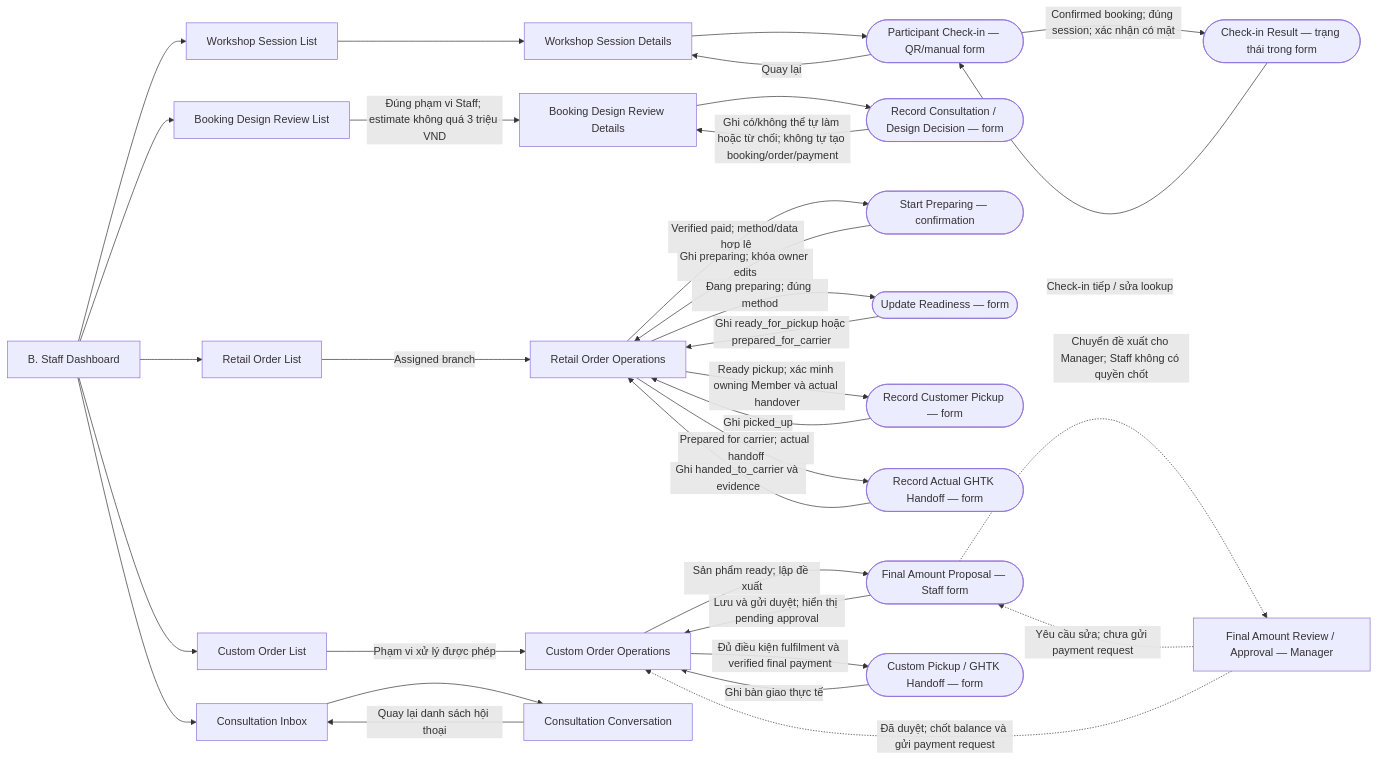
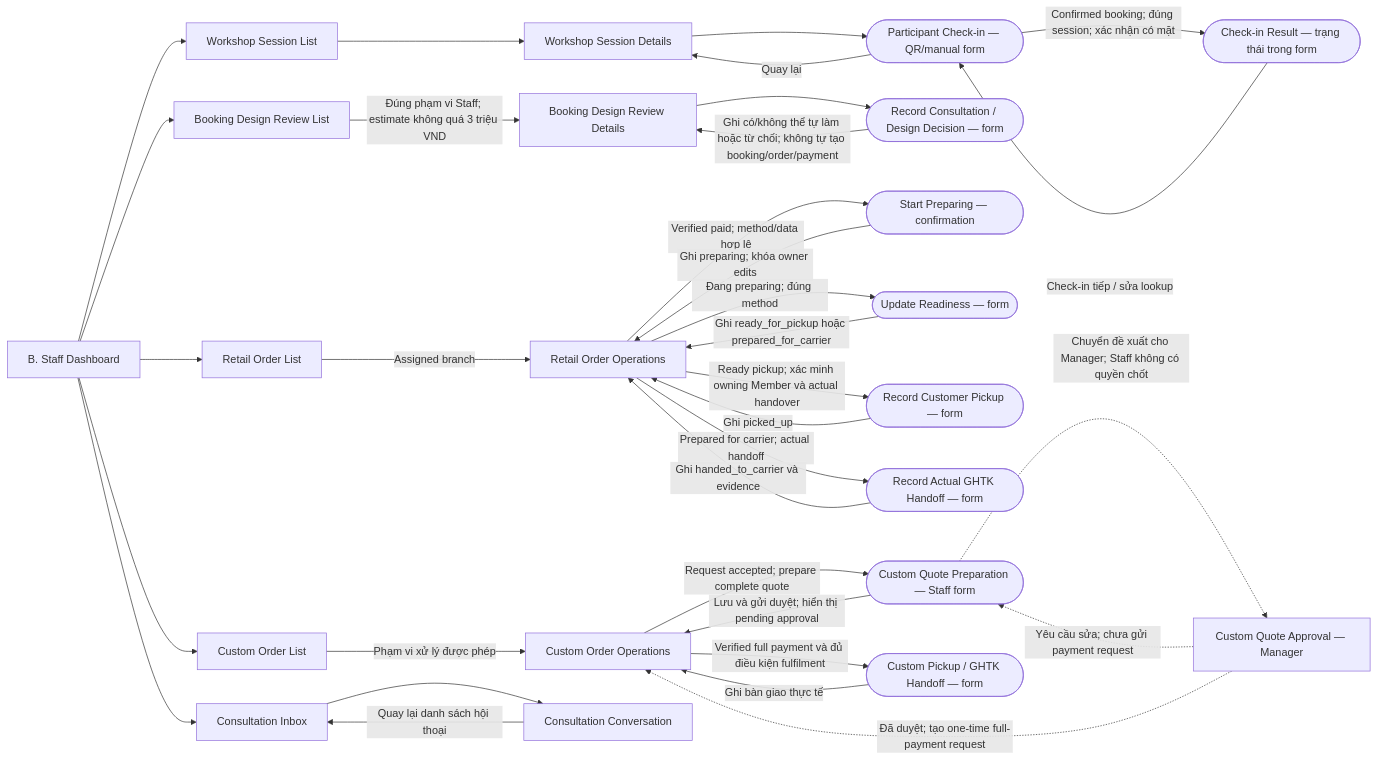
The eighth of 10 diagrams in ppswbs-spec/screen.md (quoc-ca/mland-operations-hub), drawn with Mermaid before and after one commit. The commit also changed other lines of this file and 30 other files, not shown here.

````diff
--- a/ppswbs-spec/screen.md
+++ b/ppswbs-spec/screen.md
@@ -512,52 +503,52 @@
 ```mermaid
 flowchart LR
     B["B. Staff Dashboard"]
     Sessions["Workshop Session List"]
     Session["Workshop Session Details"]
     Checkin(["Participant Check-in — QR/manual form"])
     CheckResult(["Check-in Result — trạng thái trong form"])
     Designs["Booking Design Review List"]
     Design["Booking Design Review Details"]
     DesignDecision(["Record Consultation / Design Decision — form"])
     Orders["Retail Order List"]
     Order["Retail Order Operations"]
     Preparing(["Start Preparing — confirmation"])
     Readiness(["Update Readiness — form"])
     Pickup(["Record Customer Pickup — form"])
     Carrier(["Record Actual GHTK Handoff — form"])
     Customs["Custom Order List"]
     Custom["Custom Order Operations"]
-    FinalProposal(["Final Amount Proposal — Staff form"])
-    FinalReview["Final Amount Review / Approval — Manager"]
+    FinalProposal(["Custom Quote Preparation — Staff form"])
+    FinalReview["Custom Quote Approval — Manager"]
     CustomHandoff(["Custom Pickup / GHTK Handoff — form"])
     Inbox["Consultation Inbox"]
     Chat["Consultation Conversation"]
 
     B --> Sessions --> Session --> Checkin
     Checkin -->|"Confirmed booking; đúng session; xác nhận có mặt"| CheckResult
     CheckResult -->|"Check-in tiếp / sửa lookup"| Checkin
     Checkin -->|"Quay lại"| Session
     B --> Designs -->|"Đúng phạm vi Staff; estimate không quá 3 triệu VND"| Design
     Design --> DesignDecision -->|"Ghi có/không thể tự làm hoặc từ chối; không tự tạo booking/order/payment"| Design
 
     B --> Orders -->|"Assigned branch"| Order
     Order -->|"Verified paid; method/data hợp lệ"| Preparing
     Preparing -->|"Ghi preparing; khóa owner edits"| Order
     Order -->|"Đang preparing; đúng method"| Readiness
     Readiness -->|"Ghi ready_for_pickup hoặc prepared_for_carrier"| Order
     Order -->|"Ready pickup; xác minh owning Member và actual handover"| Pickup
     Pickup -->|"Ghi picked_up"| Order
     Order -->|"Prepared for carrier; actual handoff"| Carrier
     Carrier -->|"Ghi handed_to_carrier và evidence"| Order
 
     B --> Customs -->|"Phạm vi xử lý được phép"| Custom
-    Custom -->|"Sản phẩm ready; lập đề xuất"| FinalProposal
+    Custom -->|"Request accepted; prepare complete quote"| FinalProposal
     FinalProposal -->|"Lưu và gửi duyệt; hiển thị pending approval"| Custom
     FinalProposal -.->|"Chuyển đề xuất cho Manager; Staff không có quyền chốt"| FinalReview
     FinalReview -.->|"Yêu cầu sửa; chưa gửi payment request"| FinalProposal
-    FinalReview -.->|"Đã duyệt; chốt balance và gửi payment request"| Custom
-    Custom -->|"Đủ điều kiện fulfilment và verified final payment"| CustomHandoff
+    FinalReview -.->|"Đã duyệt; tạo one-time full-payment request"| Custom
+    Custom -->|"Verified full payment và đủ điều kiện fulfilment"| CustomHandoff
     CustomHandoff -->|"Ghi bàn giao thực tế"| Custom
     B --> Inbox --> Chat
     Chat -->|"Quay lại danh sách hội thoại"| Inbox
 ```
````
